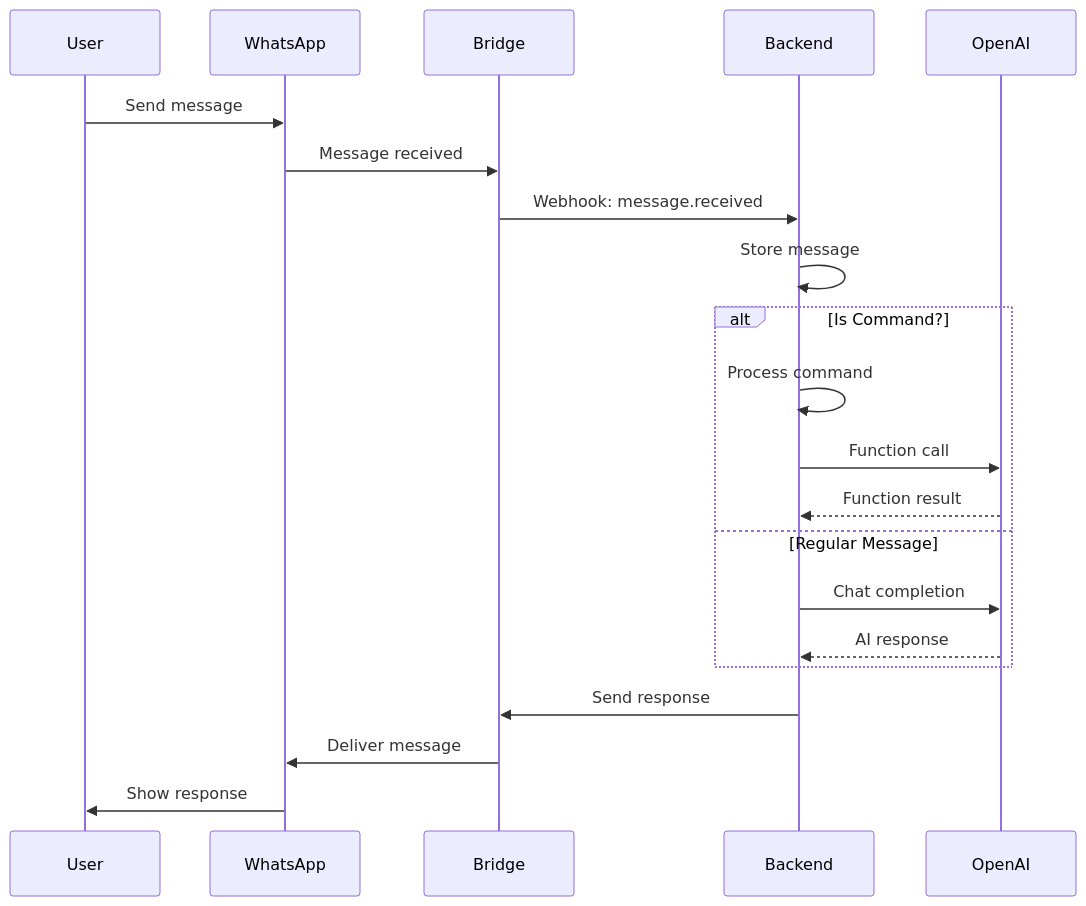
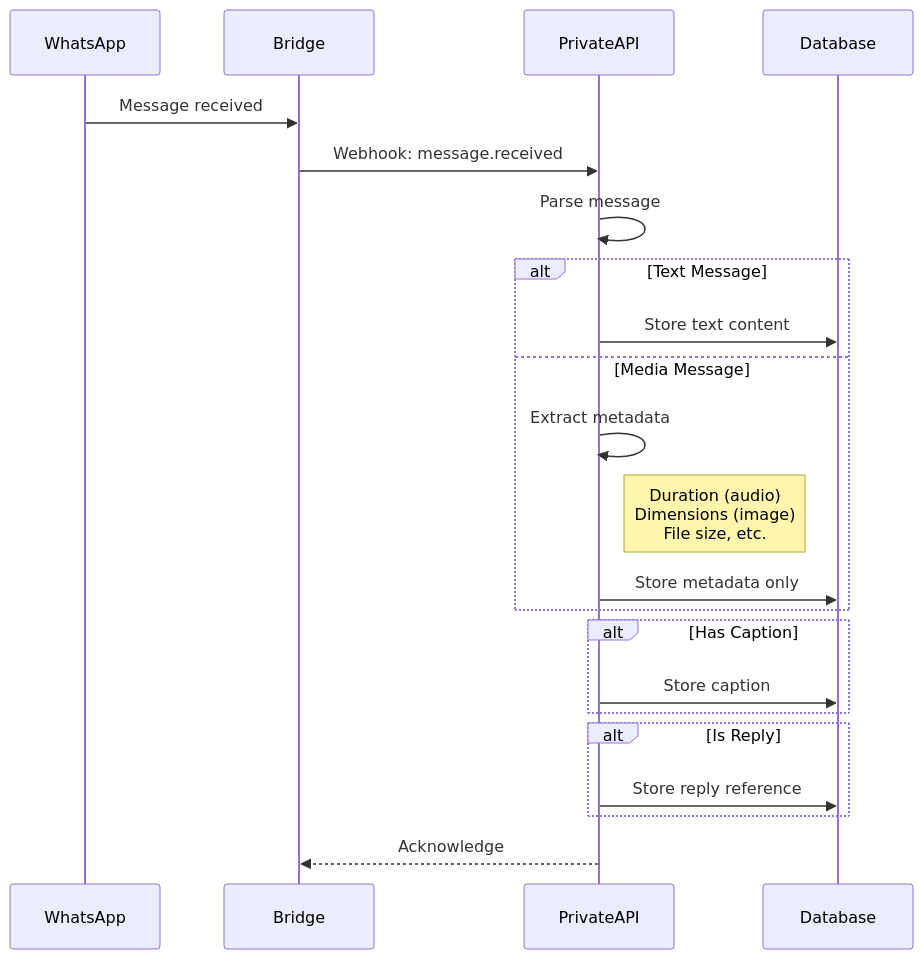
The sixth of 11 diagrams in architecture.md (tonylampada/zapa), drawn with Mermaid before and after one commit. The commit also changed other lines of this file, not shown here.

First line of the commit message:
Revise architecture for dual FastAPI services design

````diff
--- a/architecture.md
+++ b/architecture.md
@@ -145,26 +184,29 @@
 ```mermaid
 sequenceDiagram
-    participant User
     participant WhatsApp
     participant Bridge
-    participant Backend
-    participant OpenAI
+    participant PrivateAPI
+    participant Database
     
-    User->>WhatsApp: Send message
     WhatsApp->>Bridge: Message received
-    Bridge->>Backend: Webhook: message.received
-    Backend->>Backend: Store message
+    Bridge->>PrivateAPI: Webhook: message.received
+    PrivateAPI->>PrivateAPI: Parse message
     
-    alt Is Command?
-        Backend->>Backend: Process command
-        Backend->>OpenAI: Function call
-        OpenAI-->>Backend: Function result
-    else Regular Message
-        Backend->>OpenAI: Chat completion
-        OpenAI-->>Backend: AI response
+    alt Text Message
+        PrivateAPI->>Database: Store text content
+    else Media Message
+        PrivateAPI->>PrivateAPI: Extract metadata
+        Note right of PrivateAPI: Duration (audio)<br/>Dimensions (image)<br/>File size, etc.
+        PrivateAPI->>Database: Store metadata only
     end
     
-    Backend->>Bridge: Send response
-    Bridge->>WhatsApp: Deliver message
-    WhatsApp->>User: Show response
+    alt Has Caption
+        PrivateAPI->>Database: Store caption
+    end
+    
+    alt Is Reply
+        PrivateAPI->>Database: Store reply reference
+    end
+    
+    PrivateAPI-->>Bridge: Acknowledge
 ```
````
